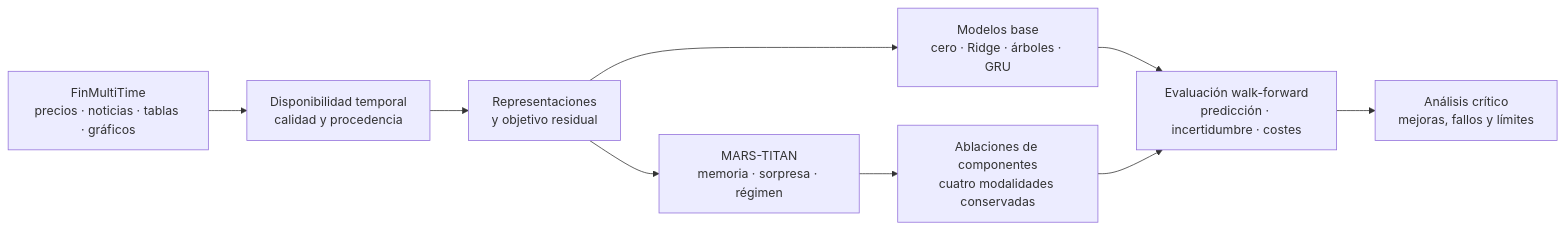
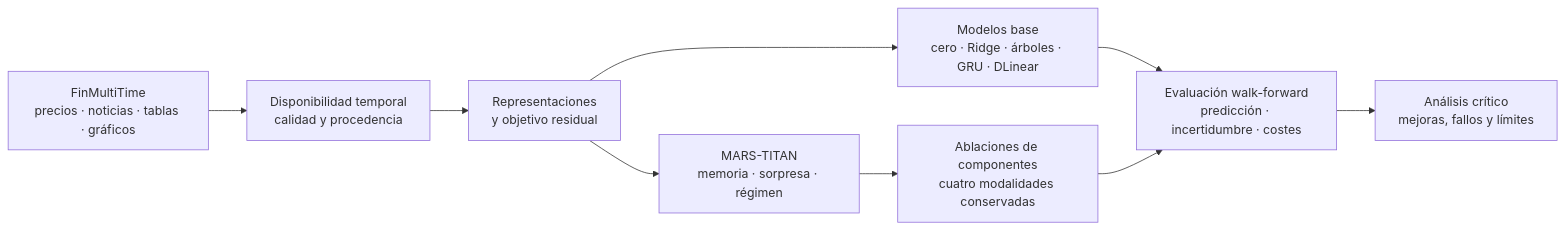
One commit to GonxKZ/mars-titan changed the diagram in README.md. Above: the diagram before and after it, drawn with Mermaid. The commit also changed other lines of this file and 65 other files, not shown here.

````diff
--- a/README.md
+++ b/README.md
@@ -35,11 +37,11 @@
 ```mermaid
 flowchart LR
     D[FinMultiTime<br/>precios · noticias · tablas · gráficos] --> P[Disponibilidad temporal<br/>calidad y procedencia]
     P --> X[Representaciones<br/>y objetivo residual]
-    X --> B[Modelos base<br/>cero · Ridge · árboles · GRU]
+    X --> B[Modelos base<br/>cero · Ridge · árboles · GRU · DLinear]
     X --> M[MARS-TITAN<br/>memoria · sorpresa · régimen]
     M --> A[Ablaciones de componentes<br/>cuatro modalidades conservadas]
     B --> E[Evaluación walk-forward<br/>predicción · incertidumbre · costes]
     A --> E
     E --> C[Análisis crítico<br/>mejoras, fallos y límites]
 ```
````
